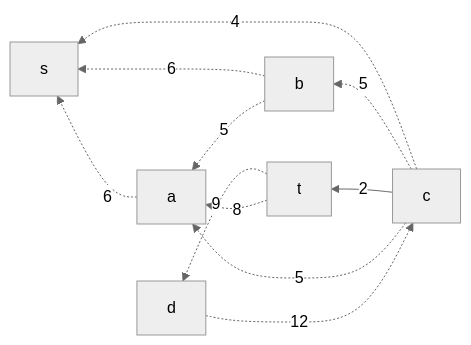
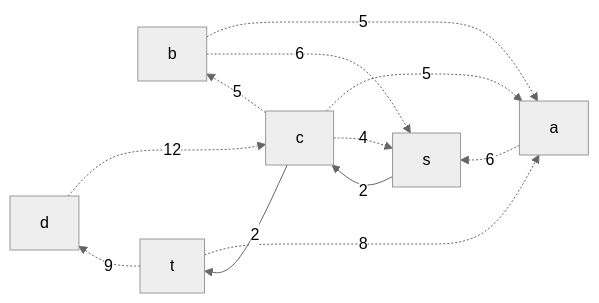
Before and after one commit to hse-algo-24-raven/manual-tasks-raven: the third of 14 diagrams in task-9/tbd-v2.md, drawn with Mermaid (neutral theme). The commit also changed other lines of this file, not shown here.

Commit message:
graphs fix

````diff
--- a/task-9/tbd-v2.md
+++ b/task-9/tbd-v2.md
@@ -45,13 +45,14 @@
 ```mermaid
 graph RL
     a-.->|6|s
     b-.->|6|s
     c-.->|4|s
+    s-->|2|c
     b-.->|5|a
     c-.->|5|b
     d-.->|12|c
     c-->|2|t
     t-.->|9|d
     c-.->|5|a
     t-.->|8|a
 ```
````
